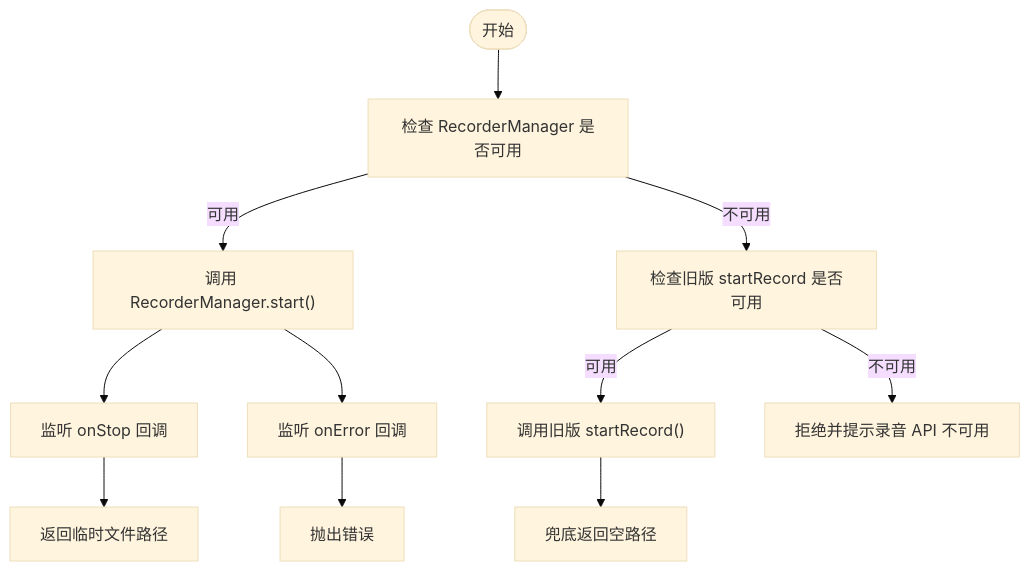
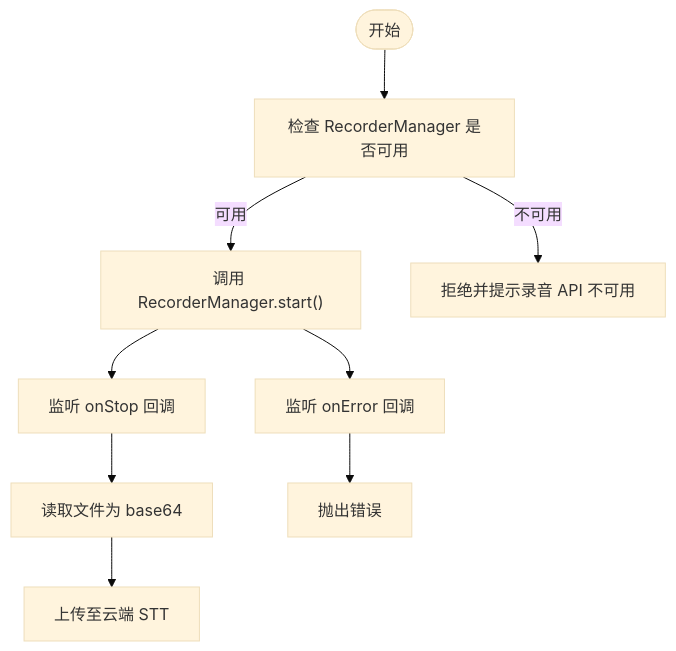
One commit to Ichi-Hackton/WAIC-WeChat-MiniProgram changed the third of 5 diagrams in .qoder/repowiki/zh/content/用户界面/交互层设计/语音交互功能.md. Above: the diagram before and after it, drawn with Mermaid (base theme). The commit also changed other lines of this file and 39 other files, not shown here.

````diff
--- a/.qoder/repowiki/zh/content/用户界面/交互层设计/语音交互功能.md
+++ b/.qoder/repowiki/zh/content/用户界面/交互层设计/语音交互功能.md
@@ -144,13 +144,11 @@
 ```mermaid
 flowchart TD
 Start(["开始"]) --> CheckRecorder["检查 RecorderManager 是否可用"]
 CheckRecorder --> |可用| NewStart["调用 RecorderManager.start()"]
-CheckRecorder --> |不可用| FallbackCheck["检查旧版 startRecord 是否可用"]
-FallbackCheck --> |可用| OldStart["调用旧版 startRecord()"]
-FallbackCheck --> |不可用| Reject["拒绝并提示录音 API 不可用"]
+CheckRecorder --> |不可用| Reject["拒绝并提示录音 API 不可用"]
 NewStart --> ListenStop["监听 onStop 回调"]
 NewStart --> ListenError["监听 onError 回调"]
-ListenStop --> ResolvePath["返回临时文件路径"]
+ListenStop --> ReadBase64["读取文件为 base64"]
+ReadBase64 --> Upload["上传至云端 STT"]
 ListenError --> RejectError["抛出错误"]
-OldStart --> FallbackResolve["兜底返回空路径"]
 ```
````
